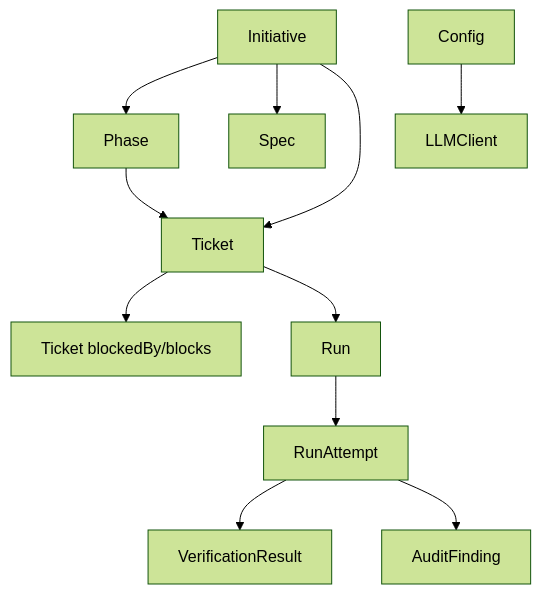
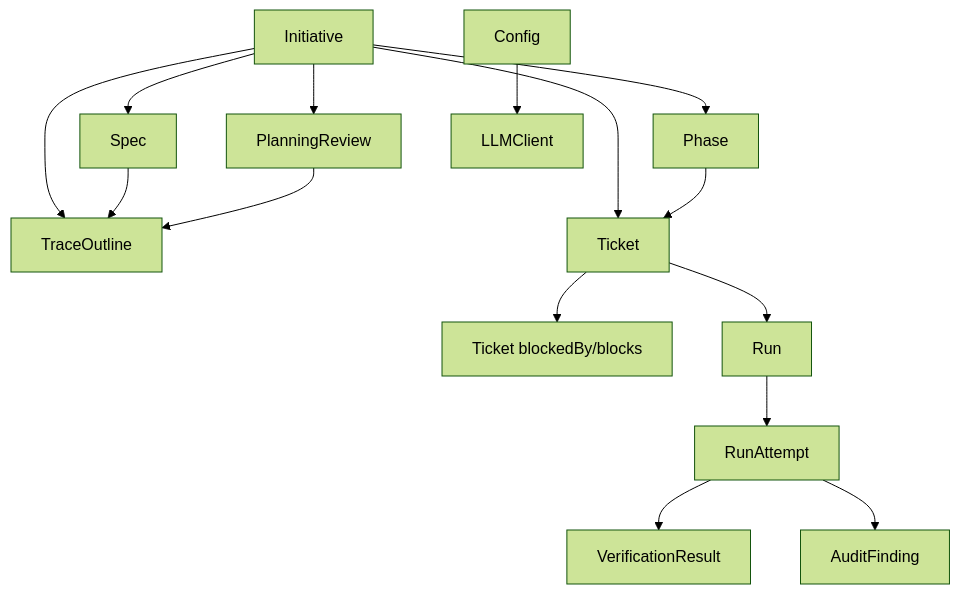
One commit to mtmitchel/SpecFlow changed the first of 5 diagrams in docs/architecture.md. Above: the diagram before and after it, drawn with Mermaid (forest theme). The commit also changed other lines of this file and 59 other files, not shown here.

Commit message:
Implement review-gated planning flow and refresh docs

````diff
--- a/docs/architecture.md
+++ b/docs/architecture.md
@@ -256,13 +332,17 @@
 ```mermaid
 graph TD
     Initiative --> Phase
     Initiative --> Spec
+    Initiative --> PlanningReview
+    Initiative --> TraceOutline
     Initiative --> Ticket
     Phase --> Ticket
     Ticket --> Ticket2[Ticket blockedBy/blocks]
     Ticket --> Run
     Run --> RunAttempt
     RunAttempt --> VerificationResult
     RunAttempt --> AuditFinding
+    Spec --> TraceOutline
+    PlanningReview --> TraceOutline
     Config --> LLMClient
 ```
````
